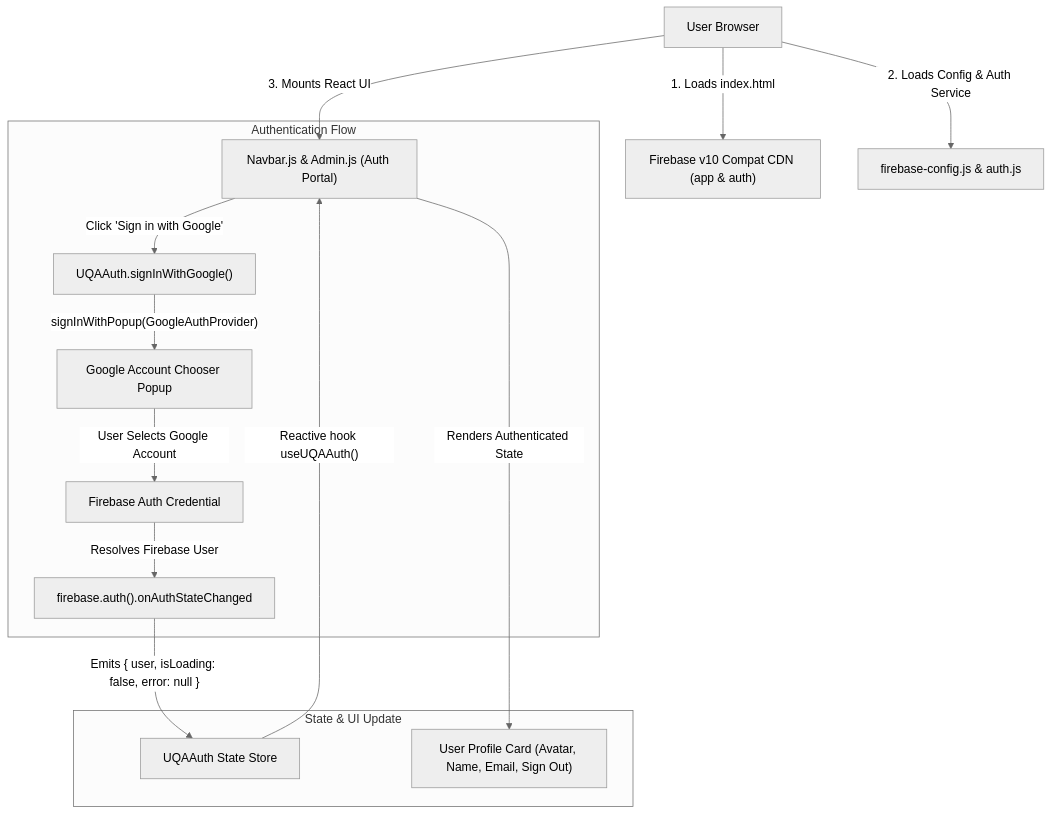
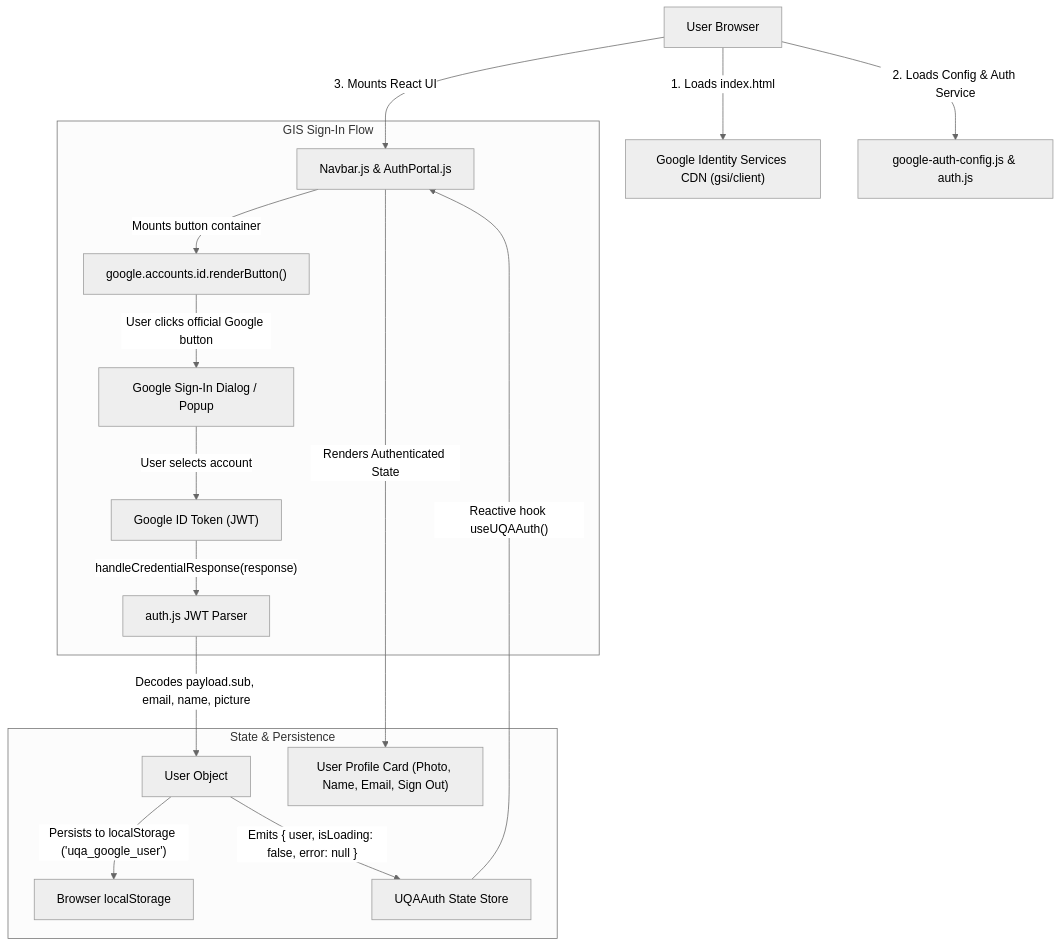
Before and after one commit to umd-uqa/umd-uqa.github.io: the first of 2 diagrams in plans/google-auth-integration.md, drawn with Mermaid (neutral theme). The commit also changed other lines of this file, not shown here.

Commit message:
docs(plans): update google-auth-integration plan for pure GIS with zero firebase

````diff
--- a/plans/google-auth-integration.md
+++ b/plans/google-auth-integration.md
@@ -43,19 +49,21 @@
 ```mermaid
 graph TD
-    A["User Browser"] -->|"1. Loads index.html"| B["Firebase v10 Compat CDN (app & auth)"]
-    A -->|"2. Loads Config & Auth Service"| C["firebase-config.js & auth.js"]
-    A -->|"3. Mounts React UI"| D["Navbar.js & Admin.js (Auth Portal)"]
+    A["User Browser"] -->|"1. Loads index.html"| B["Google Identity Services CDN (gsi/client)"]
+    A -->|"2. Loads Config & Auth Service"| C["google-auth-config.js & auth.js"]
+    A -->|"3. Mounts React UI"| D["Navbar.js & AuthPortal.js"]
     
-    subgraph Authentication Flow
-        D -->|"Click 'Sign in with Google'"| E["UQAAuth.signInWithGoogle()"]
-        E -->|"signInWithPopup(GoogleAuthProvider)"| F["Google Account Chooser Popup"]
-        F -->|"User Selects Google Account"| G["Firebase Auth Credential"]
-        G -->|"Resolves Firebase User"| H["firebase.auth().onAuthStateChanged"]
+    subgraph GIS Sign-In Flow
+        D -->|"Mounts button container"| E["google.accounts.id.renderButton()"]
+        E -->|"User clicks official Google button"| F["Google Sign-In Dialog / Popup"]
+        F -->|"User selects account"| G["Google ID Token (JWT)"]
+        G -->|"handleCredentialResponse(response)"| H["auth.js JWT Parser"]
     end
 
-    subgraph State & UI Update
-        H -->|"Emits { user, isLoading: false, error: null }"| I["UQAAuth State Store"]
-        I -->|"Reactive hook useUQAAuth()"| D
-        D -->|"Renders Authenticated State"| J["User Profile Card (Avatar, Name, Email, Sign Out)"]
+    subgraph State & Persistence
+        H -->|"Decodes payload.sub, email, name, picture"| I["User Object"]
+        I -->|"Persists to localStorage ('uqa_google_user')"| J["Browser localStorage"]
+        I -->|"Emits { user, isLoading: false, error: null }"| K["UQAAuth State Store"]
+        K -->|"Reactive hook useUQAAuth()"| D
+        D -->|"Renders Authenticated State"| L["User Profile Card (Photo, Name, Email, Sign Out)"]
     end
 ```
````
